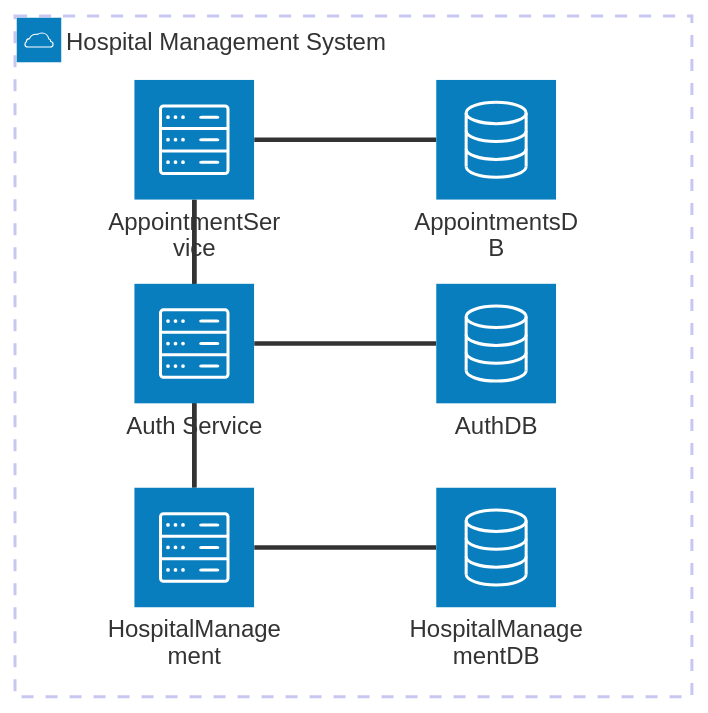
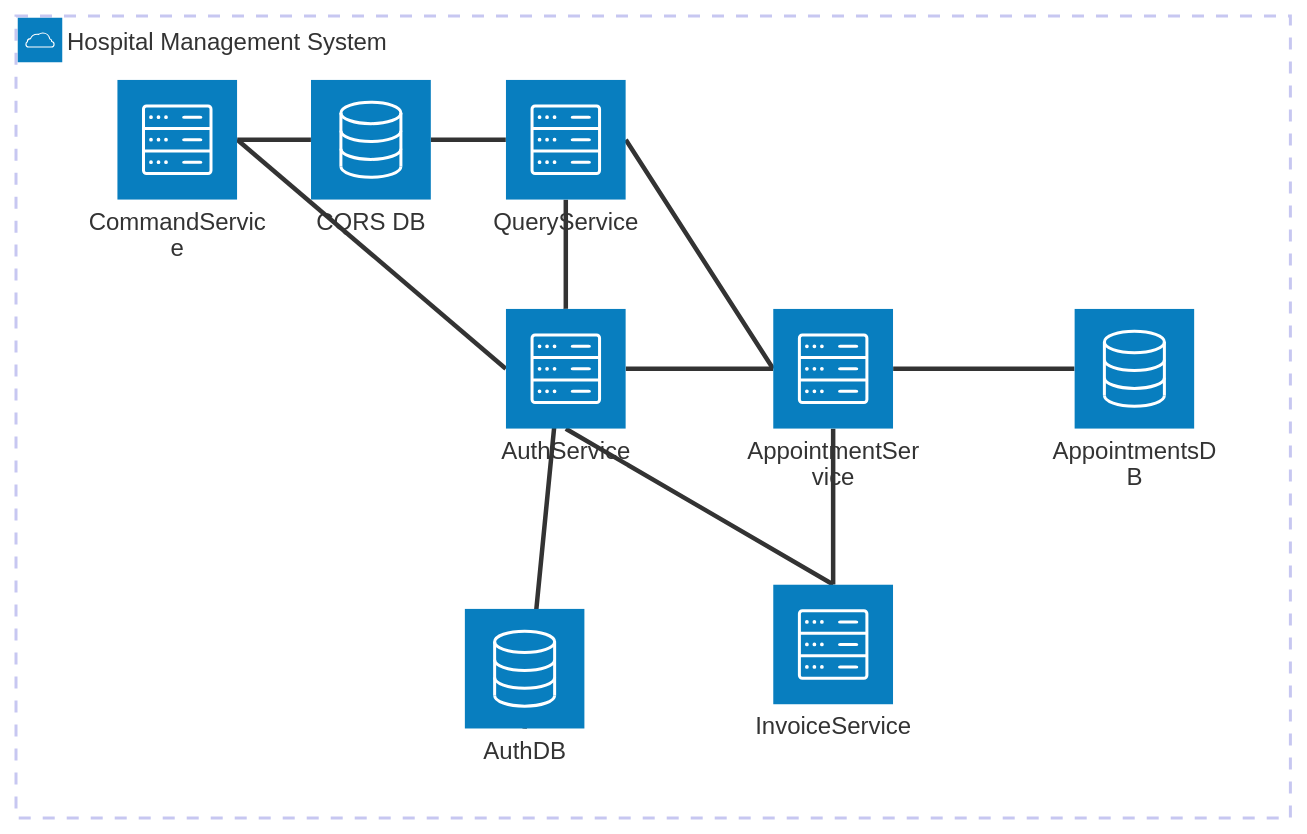
Before and after one commit to jankovicdanilo/HospitalManagement: the diagram in README.md, drawn with Mermaid.

Commit message:
Adjust diagram for invoice microservice

````diff
--- a/README.md
+++ b/README.md
@@ -24,20 +24,32 @@
 ```mermaid
 architecture-beta
     group system(cloud)[Hospital Management System]
 
+    %% Databases
+    service cqrsdb(database)[CQRS DB] in system
     service authdb(database)[AuthDB] in system
     service appdb(database)[AppointmentsDB] in system
-    service hmsdb(database)[HospitalManagementDB] in system
 
-    service auth(server)[Auth Service] in system
+    %% Services
+    service command(server)[CommandService] in system
+    service auth(server)[AuthService] in system
     service app(server)[AppointmentService] in system
-    service hms(server)[HospitalManagement] in system
+    service query(server)[QueryService] in system
+    service invoice(server)[InvoiceService] in system
 
-    hms:R -- L:hmsdb
+    %% Database ownership
+    command:R -- L:cqrsdb
+    query:L -- R:cqrsdb
+    auth:T -- B:authdb
     app:R -- L:appdb
-    auth:R -- L:authdb
 
-    hms:T -- B:app
-    hms:T -- B:auth
-    app:B -- T:auth
+    %% Authentication (JWT)
+    auth:L -- R:command
+    auth:R -- L:app
+    auth:T -- B:query
+    auth:B -- T:invoice
+
+    %% Business communication
+    app:L -- R:query
+    invoice:T -- B:app
 ```
````
